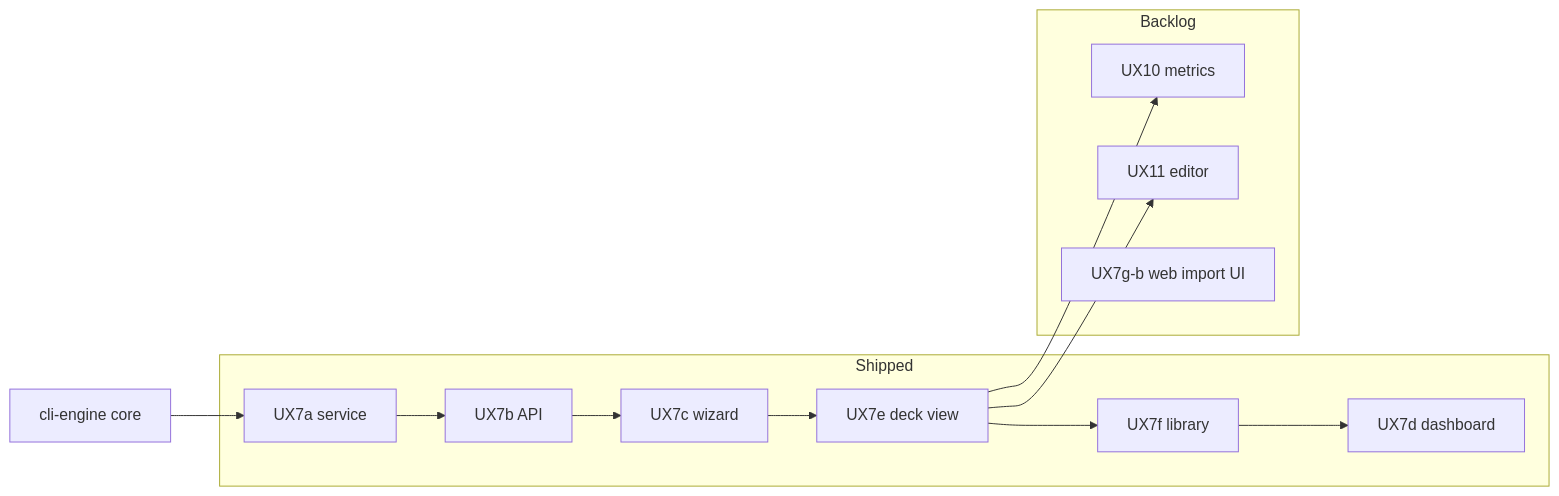
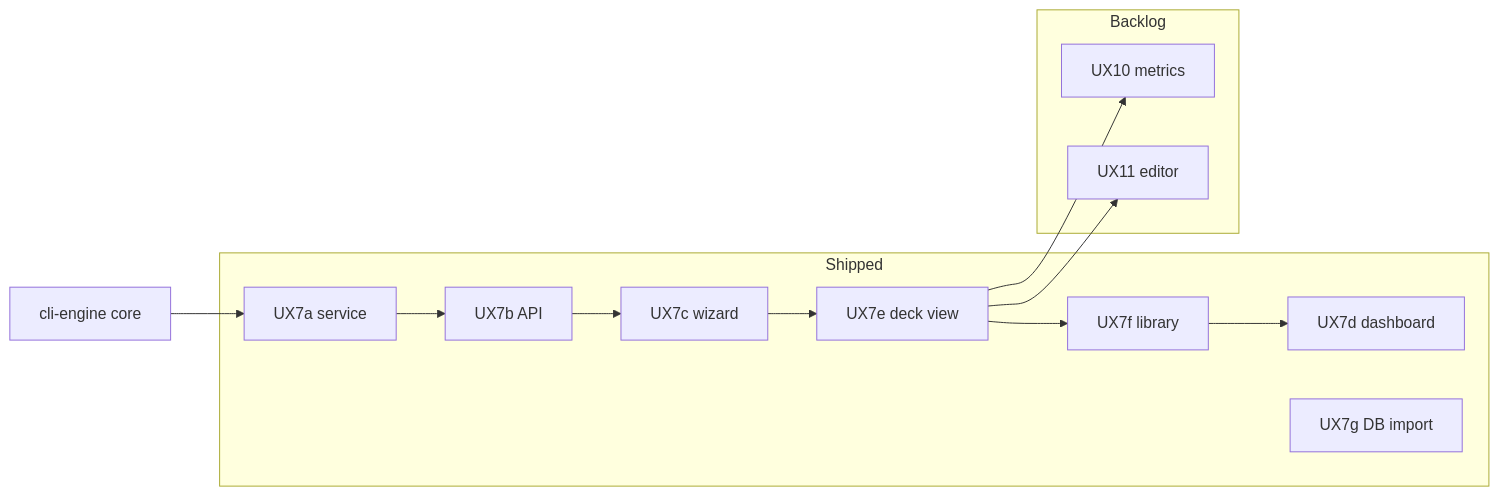
The diagram in docs/roadmap/active.md (danielhood/mtg-deck-tools), drawn with Mermaid before and after one commit. The commit also changed other lines of this file and 14 other files, not shown here.

First line of the commit message:
Docs: sync roadmap and specs with UX7g-b and shipped behavior. (#82)

````diff
--- a/docs/roadmap/active.md
+++ b/docs/roadmap/active.md
@@ -50,28 +51,28 @@
 ```mermaid
 flowchart LR
   subgraph shipped["Shipped"]
     UX7a[UX7a service]
     UX7b[UX7b API]
     UX7c[UX7c wizard]
     UX7e[UX7e deck view]
     UX7f[UX7f library]
     UX7d[UX7d dashboard]
+    UX7g[UX7g DB import]
   end
 
   subgraph backlog["Backlog"]
     UX10[UX10 metrics]
     UX11[UX11 editor]
-    UX7g[UX7g-b web import UI]
   end
 
   CORE[cli-engine core]
 
   CORE --> UX7a
   UX7a --> UX7b
   UX7b --> UX7c
   UX7c --> UX7e
   UX7e --> UX7f
   UX7f --> UX7d
   UX7e --> UX10
   UX7e --> UX11
 ```
````
